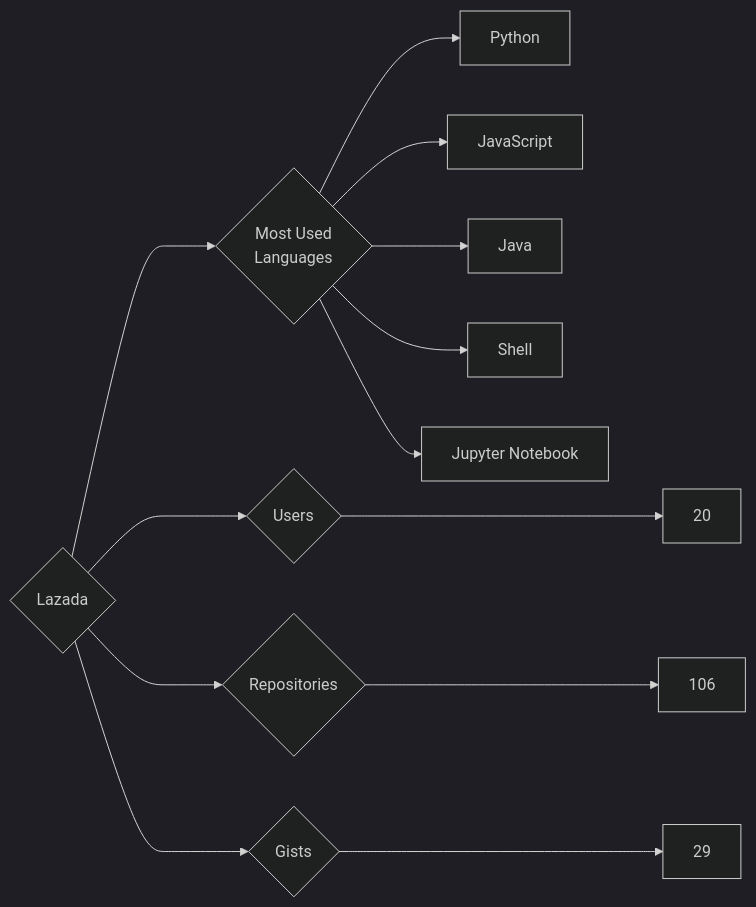
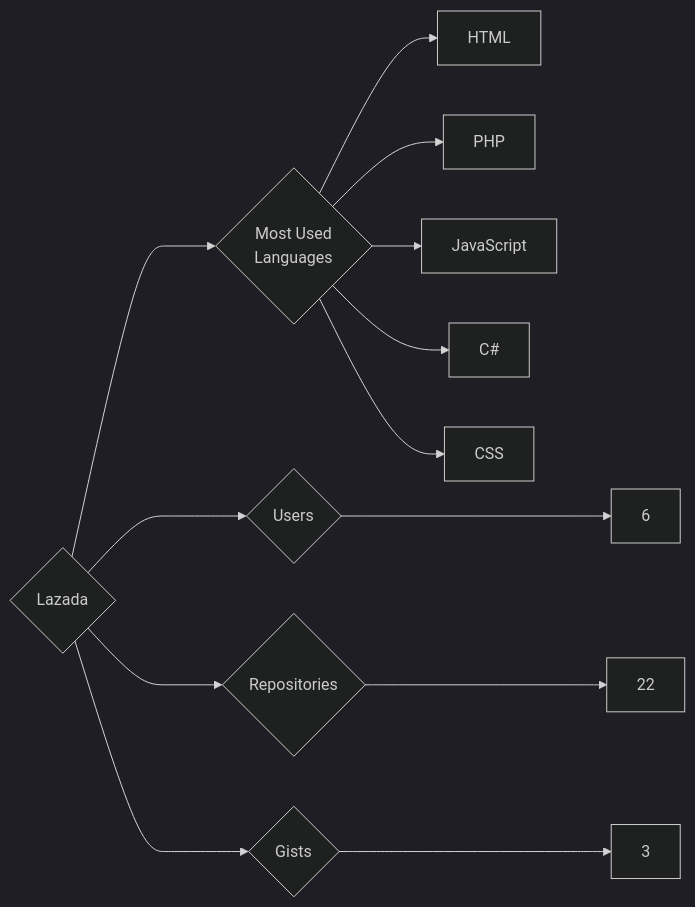
Before and after one commit to trickest/insiders: the diagram in targets/Lazada/README.md, drawn with Mermaid (dark theme). The commit also changed 924 other files, not shown here.

````diff
--- a/targets/Lazada/README.md
+++ b/targets/Lazada/README.md
@@ -3,13 +3,13 @@
 ```mermaid
 graph LR
 COMPANY_NAME{Lazada}
-COMPANY_NAME ---> U{Users} ---> UN[20]
-COMPANY_NAME ---> R{Repositories} ---> RN[106]
-COMPANY_NAME ---> G{Gists} ---> GN[29]
+COMPANY_NAME ---> U{Users} ---> UN[6]
+COMPANY_NAME ---> R{Repositories} ---> RN[22]
+COMPANY_NAME ---> G{Gists} ---> GN[3]
 COMPANY_NAME ---> ML{Most Used<br>Languages}
-ML --> Python[Python]
+ML --> HTML[HTML]
+ML --> PHP[PHP]
 ML --> JavaScript[JavaScript]
-ML --> Java[Java]
-ML --> Shell[Shell]
-ML --> Jupyter_Notebook[Jupyter Notebook]
+ML --> C#[C#]
+ML --> CSS[CSS]
 ```
````
